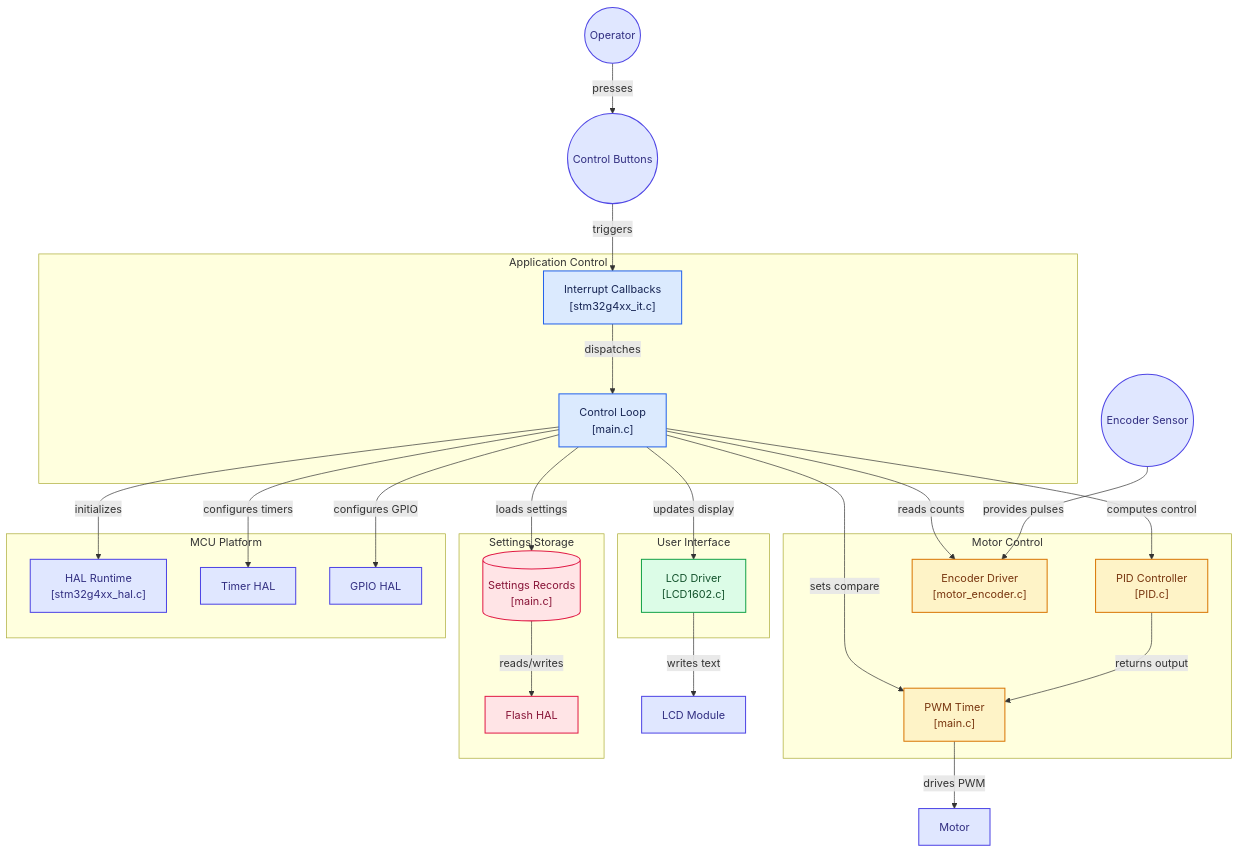
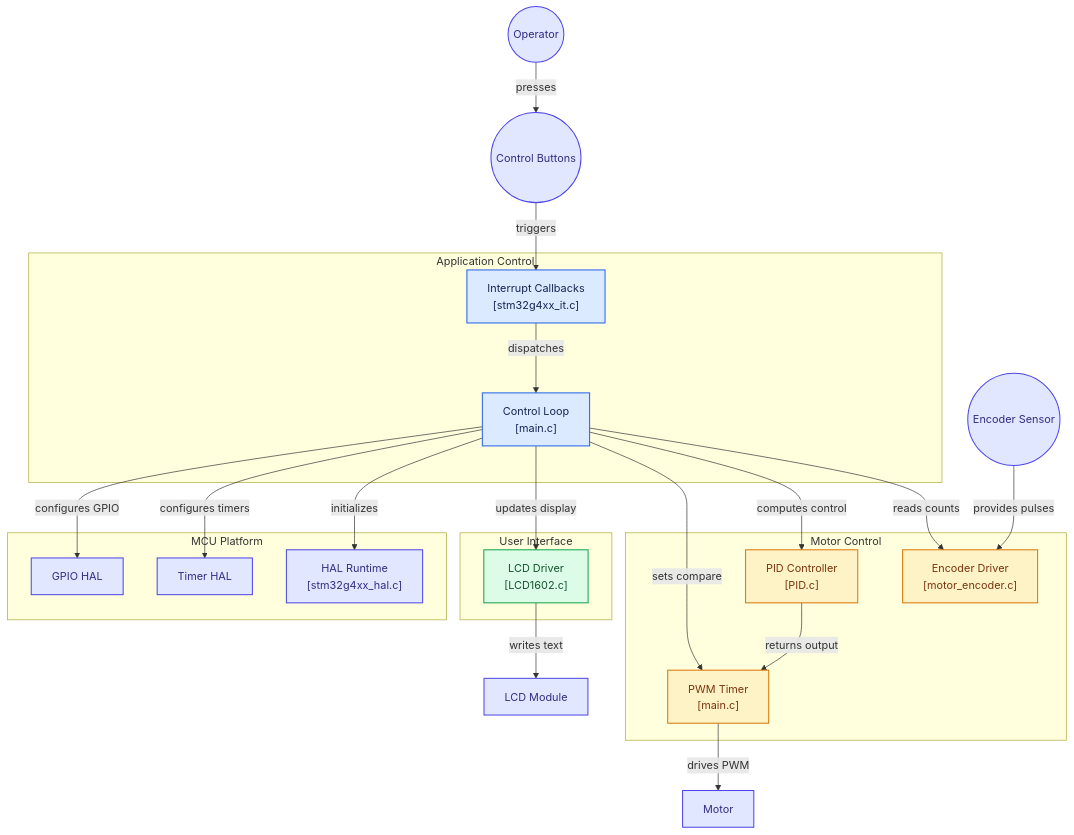
The diagram in README.md (Mateus-David/MotorControlSTM), drawn with Mermaid before and after one commit.

Commit message:
readme organization

````diff
--- a/README.md
+++ b/README.md
@@ -15,77 +15,69 @@
 ```mermaid
 flowchart TD
 
 subgraph group_app["Application Control"]
   node_main["Control Loop<br/>[main.c]"]
   node_interrupts["Interrupt Callbacks<br/>[stm32g4xx_it.c]"]
 end
 
 subgraph group_feedback["Motor Control"]
   node_pid["PID Controller<br/>[PID.c]"]
   node_encoder["Encoder Driver<br/>[motor_encoder.c]"]
   node_pwm["PWM Timer<br/>[main.c]"]
 end
 
 subgraph group_ui["User Interface"]
   node_lcd["LCD Driver<br/>[LCD1602.c]"]
 end
 
-subgraph group_storage["Settings Storage"]
-  node_settings[("Settings Records<br/>[main.c]")]
-  node_flash["Flash HAL"]
-end
+
 
 subgraph group_platform["MCU Platform"]
   node_hal["HAL Runtime<br/>[stm32g4xx_hal.c]"]
   node_timhal["Timer HAL"]
   node_gpiohal["GPIO HAL"]
 end
 
 node_user(("Operator"))
 node_buttons(("Control Buttons"))
 node_motor["Motor"]
 node_lcdhw["LCD Module"]
 node_encoderhw(("Encoder Sensor"))
 
 node_user -->|"presses"| node_buttons
 node_buttons -->|"triggers"| node_interrupts
 node_interrupts -->|"dispatches"| node_main
-node_main -->|"loads settings"| node_settings
-node_settings -->|"reads/writes"| node_flash
 node_main -->|"reads counts"| node_encoder
 node_encoderhw -->|"provides pulses"| node_encoder
 node_main -->|"computes control"| node_pid
 node_main -->|"sets compare"| node_pwm
 node_pid -->|"returns output"| node_pwm
 node_pwm -->|"drives PWM"| node_motor
 node_main -->|"updates display"| node_lcd
 node_lcd -->|"writes text"| node_lcdhw
 node_main -->|"initializes"| node_hal
 node_main -->|"configures timers"| node_timhal
 node_main -->|"configures GPIO"| node_gpiohal
 
 click node_main "https://github.com/mateus-david/motorcontrolstm/blob/main/Core/Src/main.c"
 click node_interrupts "https://github.com/mateus-david/motorcontrolstm/blob/main/Core/Src/stm32g4xx_it.c"
 click node_pid "https://github.com/mateus-david/motorcontrolstm/blob/main/Core/Src/PID.c"
 click node_encoder "https://github.com/mateus-david/motorcontrolstm/blob/main/Core/Src/motor_encoder.c"
 click node_pwm "https://github.com/mateus-david/motorcontrolstm/blob/main/Core/Src/main.c"
 click node_lcd "https://github.com/mateus-david/motorcontrolstm/blob/main/Core/Src/LCD1602.c"
-click node_settings "https://github.com/mateus-david/motorcontrolstm/blob/main/Core/Src/main.c"
-click node_flash "https://github.com/mateus-david/motorcontrolstm/blob/main/Drivers/STM32G4xx_HAL_Driver/Src/stm32g4xx_hal_flash.c"
 click node_hal "https://github.com/mateus-david/motorcontrolstm/blob/main/Drivers/STM32G4xx_HAL_Driver/Src/stm32g4xx_hal.c"
 click node_timhal "https://github.com/mateus-david/motorcontrolstm/blob/main/Drivers/STM32G4xx_HAL_Driver/Src/stm32g4xx_hal_tim.c"
 click node_gpiohal "https://github.com/mateus-david/motorcontrolstm/blob/main/Drivers/STM32G4xx_HAL_Driver/Src/stm32g4xx_hal_gpio.c"
 
 classDef toneNeutral fill:#f8fafc,stroke:#334155,stroke-width:1.5px,color:#0f172a
 classDef toneBlue fill:#dbeafe,stroke:#2563eb,stroke-width:1.5px,color:#172554
 classDef toneAmber fill:#fef3c7,stroke:#d97706,stroke-width:1.5px,color:#78350f
 classDef toneMint fill:#dcfce7,stroke:#16a34a,stroke-width:1.5px,color:#14532d
 classDef toneRose fill:#ffe4e6,stroke:#e11d48,stroke-width:1.5px,color:#881337
 classDef toneIndigo fill:#e0e7ff,stroke:#4f46e5,stroke-width:1.5px,color:#312e81
 classDef toneTeal fill:#ccfbf1,stroke:#0f766e,stroke-width:1.5px,color:#134e4a
 class node_main,node_interrupts toneBlue
 class node_pid,node_encoder,node_pwm toneAmber
 class node_lcd toneMint
-class node_settings,node_flash toneRose
 class node_hal,node_timhal,node_gpiohal,node_user,node_buttons,node_motor,node_lcdhw,node_encoderhw toneIndigo
 ```
````
